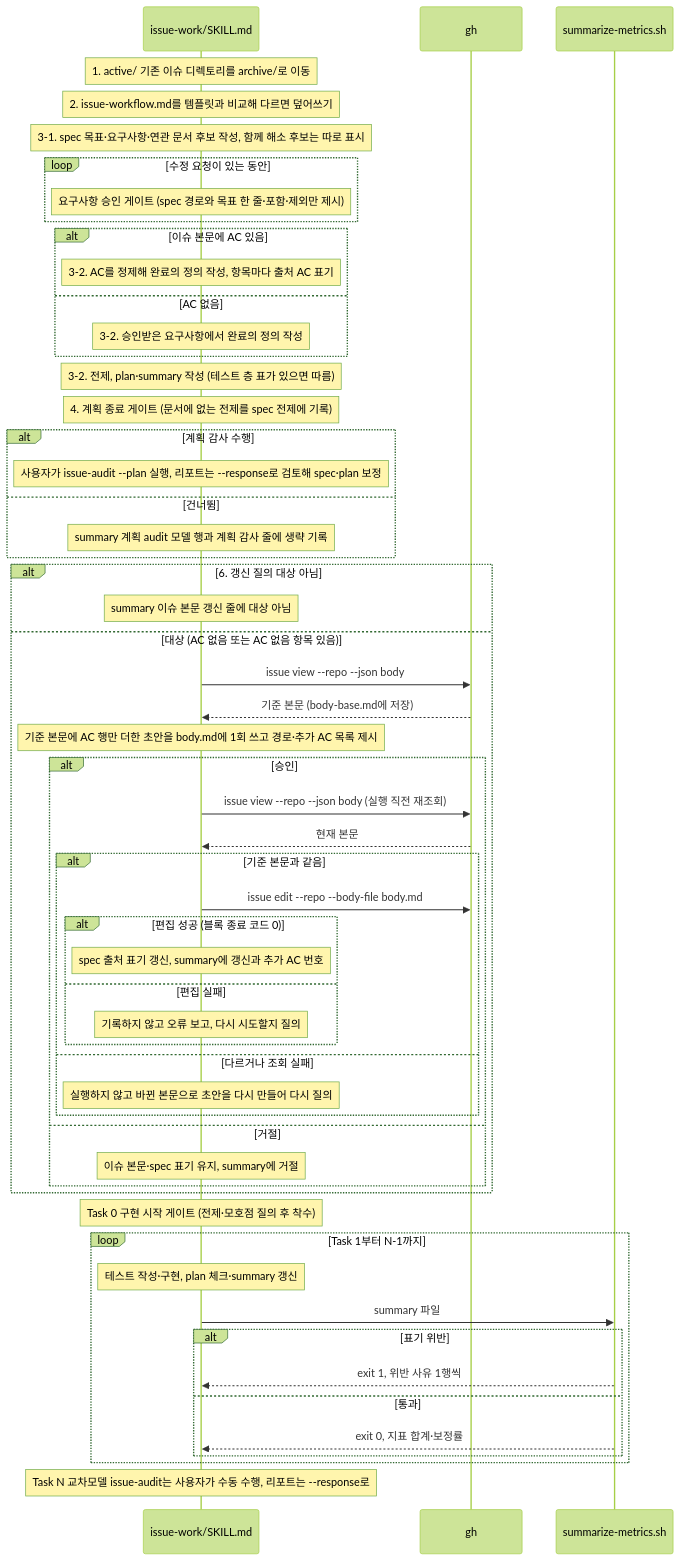
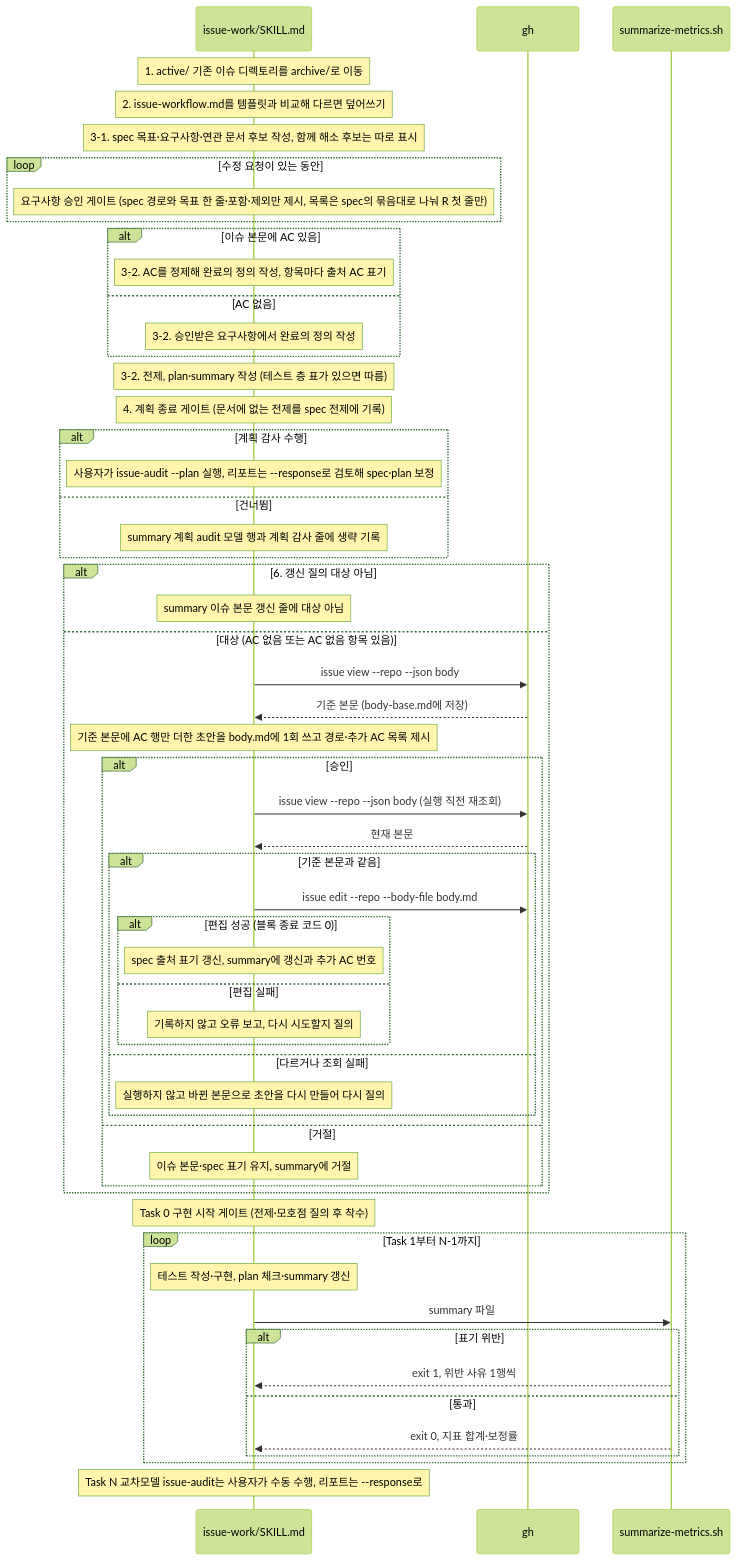
Before and after one commit to scroogy-dev/scroogy-agent-skills: the diagram in .ai/60_codebase/issue-work/start-call-flow.md, drawn with Mermaid (forest theme). The commit also changed other lines of this file and 6 other files, not shown here.

````diff
--- a/.ai/60_codebase/issue-work/start-call-flow.md
+++ b/.ai/60_codebase/issue-work/start-call-flow.md
@@ -43,59 +43,59 @@
 ```mermaid
 sequenceDiagram
     participant SK as issue-work/SKILL.md
     participant GH as gh
     participant SM as summarize-metrics.sh
 
     Note over SK: 1. active/ 기존 이슈 디렉토리를 archive/로 이동
     Note over SK: 2. issue-workflow.md를 템플릿과 비교해 다르면 덮어쓰기
     Note over SK: 3-1. spec 목표·요구사항·연관 문서 후보 작성, 함께 해소 후보는 따로 표시
     loop 수정 요청이 있는 동안
-        Note over SK: 요구사항 승인 게이트 (spec 경로와 목표 한 줄·포함·제외만 제시)
+        Note over SK: 요구사항 승인 게이트 (spec 경로와 목표 한 줄·포함·제외만 제시, 목록은 spec의 묶음대로 나눠 R 첫 줄만)
     end
     alt 이슈 본문에 AC 있음
         Note over SK: 3-2. AC를 정제해 완료의 정의 작성, 항목마다 출처 AC 표기
     else AC 없음
         Note over SK: 3-2. 승인받은 요구사항에서 완료의 정의 작성
     end
     Note over SK: 3-2. 전제, plan·summary 작성 (테스트 층 표가 있으면 따름)
     Note over SK: 4. 계획 종료 게이트 (문서에 없는 전제를 spec 전제에 기록)
     alt 계획 감사 수행
         Note over SK: 사용자가 issue-audit --plan 실행, 리포트는 --response로 검토해 spec·plan 보정
     else 건너뜀
         Note over SK: summary 계획 audit 모델 행과 계획 감사 줄에 생략 기록
     end
     alt 6. 갱신 질의 대상 아님
         Note over SK: summary 이슈 본문 갱신 줄에 대상 아님
     else 대상 (AC 없음 또는 AC 없음 항목 있음)
         SK->>GH: issue view --repo --json body
         GH-->>SK: 기준 본문 (body-base.md에 저장)
         Note over SK: 기준 본문에 AC 행만 더한 초안을 body.md에 1회 쓰고 경로·추가 AC 목록 제시
         alt 승인
             SK->>GH: issue view --repo --json body (실행 직전 재조회)
             GH-->>SK: 현재 본문
             alt 기준 본문과 같음
                 SK->>GH: issue edit --repo --body-file body.md
                 alt 편집 성공 (블록 종료 코드 0)
                     Note over SK: spec 출처 표기 갱신, summary에 갱신과 추가 AC 번호
                 else 편집 실패
                     Note over SK: 기록하지 않고 오류 보고, 다시 시도할지 질의
                 end
             else 다르거나 조회 실패
                 Note over SK: 실행하지 않고 바뀐 본문으로 초안을 다시 만들어 다시 질의
             end
         else 거절
             Note over SK: 이슈 본문·spec 표기 유지, summary에 거절
         end
     end
     Note over SK: Task 0 구현 시작 게이트 (전제·모호점 질의 후 착수)
     loop Task 1부터 N-1까지
         Note over SK: 테스트 작성·구현, plan 체크·summary 갱신
         SK->>SM: summary 파일
         alt 표기 위반
             SM-->>SK: exit 1, 위반 사유 1행씩
         else 통과
             SM-->>SK: exit 0, 지표 합계·보정률
         end
     end
     Note over SK: Task N 교차모델 issue-audit는 사용자가 수동 수행, 리포트는 --response로
 ```
````
